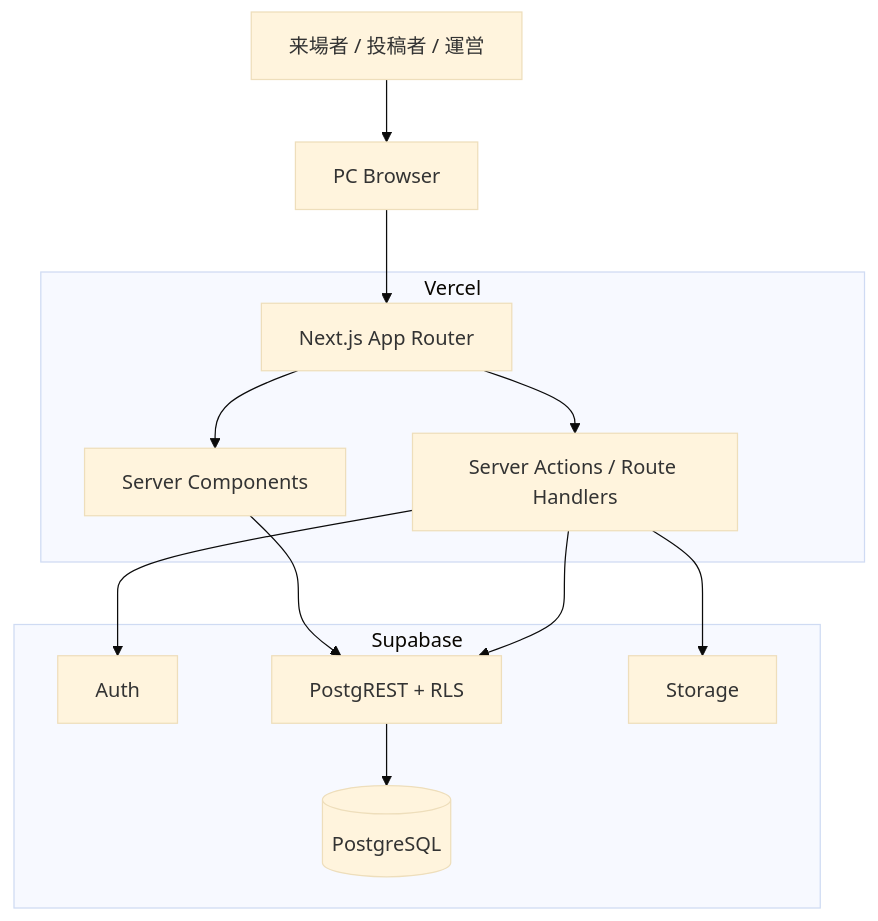
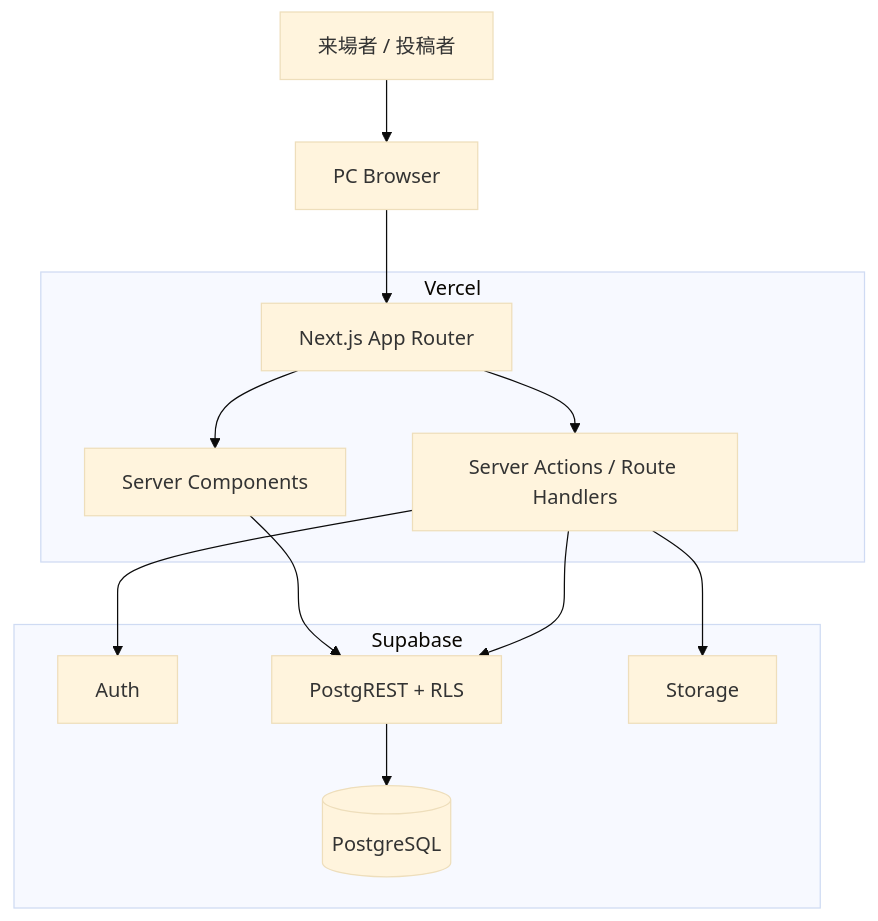
The first of 5 diagrams in docs/ARCHITECTURE_OVERVIEW.md (yasusudas/anokoro-museum), drawn with Mermaid (base theme) before and after one commit. The commit also changed other lines of this file and 8 other files, not shown here.

````diff
--- a/docs/ARCHITECTURE_OVERVIEW.md
+++ b/docs/ARCHITECTURE_OVERVIEW.md
@@ -5,24 +5,24 @@
 ```mermaid
 flowchart TB
-  User["来場者 / 投稿者 / 運営"]
+  User["来場者 / 投稿者"]
   Browser["PC Browser"]
   subgraph Vercel["Vercel"]
     Next["Next.js App Router"]
     SC["Server Components"]
     SA["Server Actions / Route Handlers"]
   end
   subgraph Supabase["Supabase"]
     Auth["Auth"]
     REST["PostgREST + RLS"]
     DB[("PostgreSQL")]
     Storage["Storage"]
   end
 
   User --> Browser --> Next
   Next --> SC
   Next --> SA
   SC --> REST --> DB
   SA --> Auth
   SA --> REST
   SA --> Storage
 ```
````
